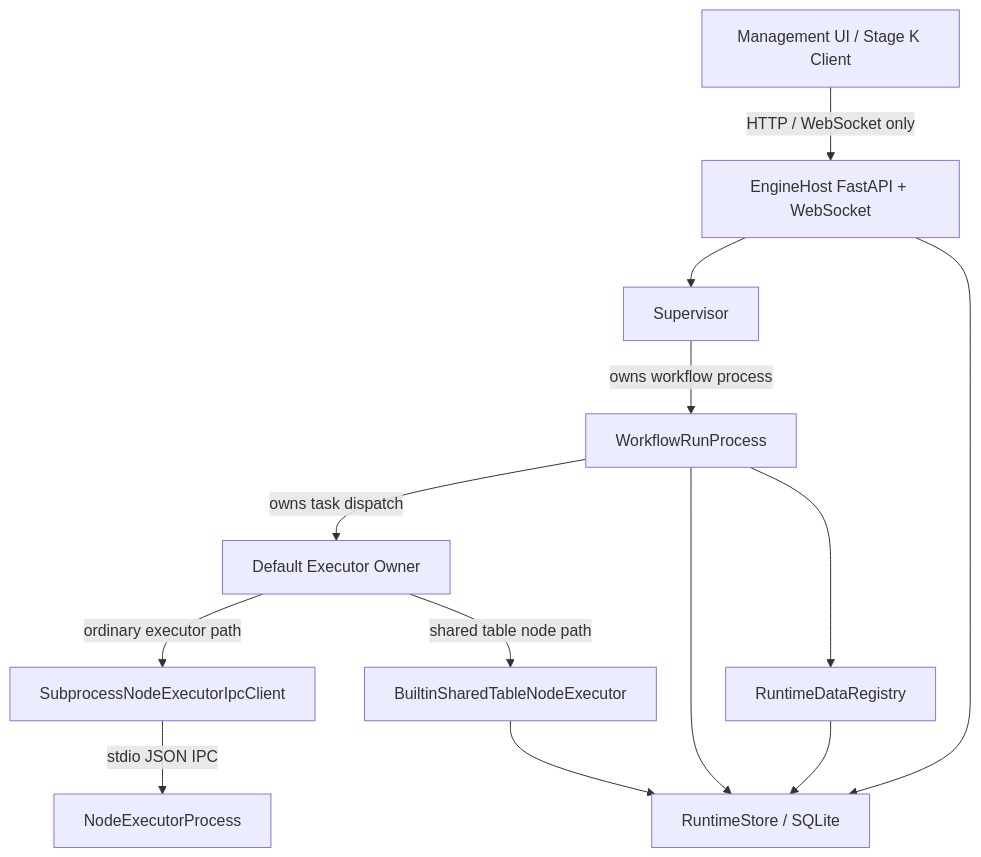
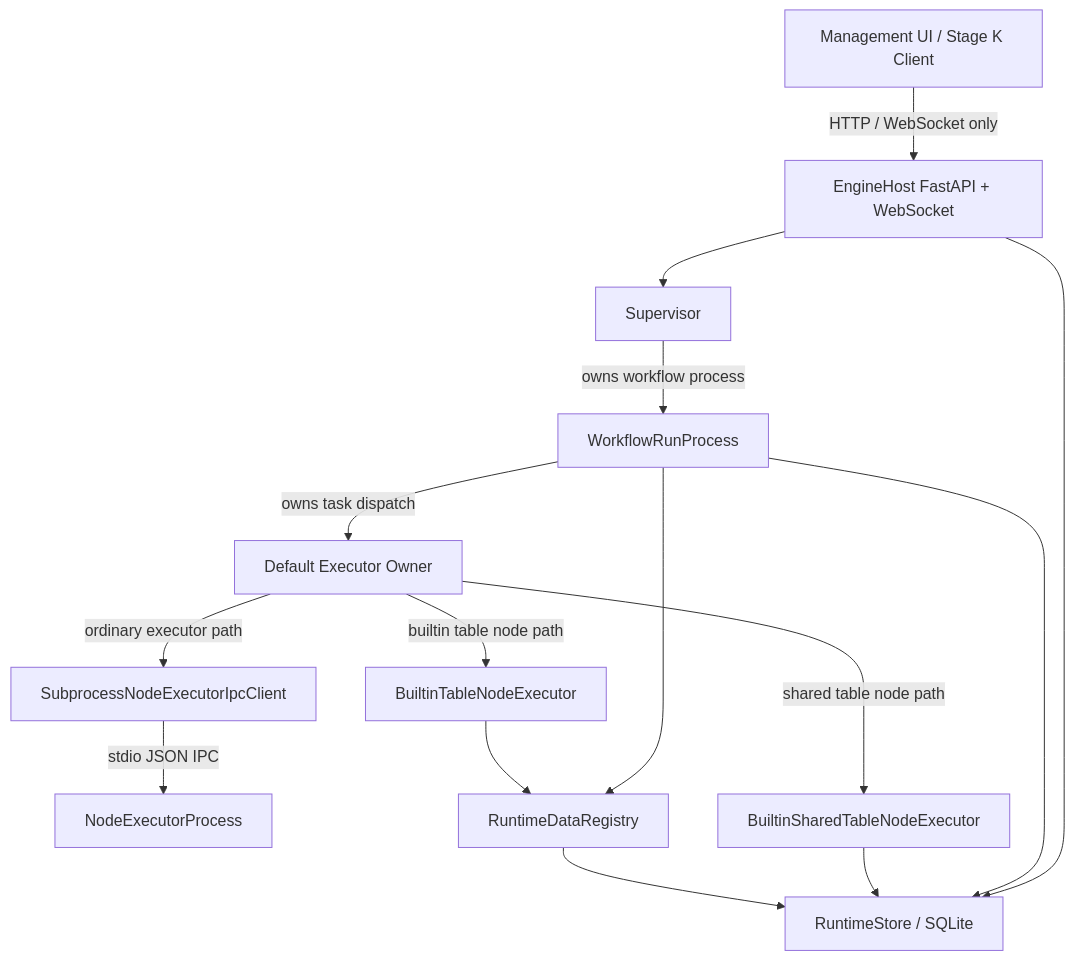
Before and after one commit to bigqingshu/FlowWeaver: the diagram in FlowWeaver_阶段K_最小桌面UI与K0前置收口计划.md, drawn with Mermaid. The commit also changed other lines of this file and 13 other files, not shown here.

````diff
--- a/FlowWeaver_阶段K_最小桌面UI与K0前置收口计划.md
+++ b/FlowWeaver_阶段K_最小桌面UI与K0前置收口计划.md
@@ -82,26 +82,29 @@
 ```mermaid
 flowchart TD
     UI["Management UI / Stage K Client"]
     API["EngineHost FastAPI + WebSocket"]
     Supervisor["Supervisor"]
     WRP["WorkflowRunProcess"]
     Owner["Default Executor Owner"]
+    TableExec["BuiltinTableNodeExecutor"]
     SubprocessExec["SubprocessNodeExecutorIpcClient"]
     ExecProc["NodeExecutorProcess"]
     SharedExec["BuiltinSharedTableNodeExecutor"]
     Store["RuntimeStore / SQLite"]
     Registry["RuntimeDataRegistry"]
 
     UI -->|"HTTP / WebSocket only"| API
     API --> Supervisor
     API --> Store
     Supervisor -->|"owns workflow process"| WRP
     WRP -->|"owns task dispatch"| Owner
+    Owner -->|"builtin table node path"| TableExec
     Owner -->|"ordinary executor path"| SubprocessExec
     SubprocessExec -->|"stdio JSON IPC"| ExecProc
     Owner -->|"shared table node path"| SharedExec
     WRP --> Store
     WRP --> Registry
     SharedExec --> Store
+    TableExec --> Registry
     Registry --> Store
 ```
````
